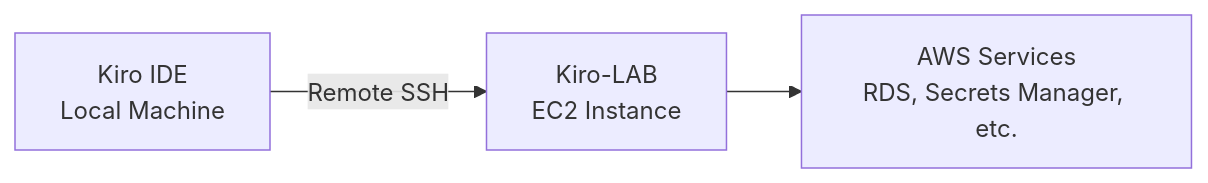
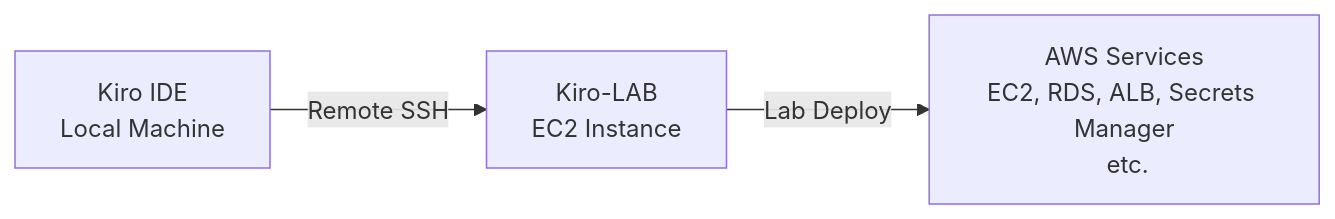
The diagram in README.md (chaisit/aws-kiro-workshop), drawn with Mermaid before and after one commit.

Commit message:
docs: clarify Kiro-LAB architecture and AWS services diagram
- Update architecture diagram to show "Lab Deploy" connection label between EC2 and AWS services
- Expand AWS services list to include EC2, ALB alongside existing RDS and Secrets Manager
- Improve diagram readability by formatting multi-line service labels

````diff
--- a/README.md
+++ b/README.md
@@ -13,5 +13,5 @@
 ```mermaid
 graph LR
     A[Kiro IDE<br/>Local Machine] -->|Remote SSH| B[Kiro-LAB<br/>EC2 Instance]
-    B --> C[AWS Services<br/>RDS, Secrets Manager, etc.]
+    B -->|Lab Deploy| C[AWS Services<br/>EC2, RDS, ALB, Secrets Manager<br> etc.]
 ```
````
